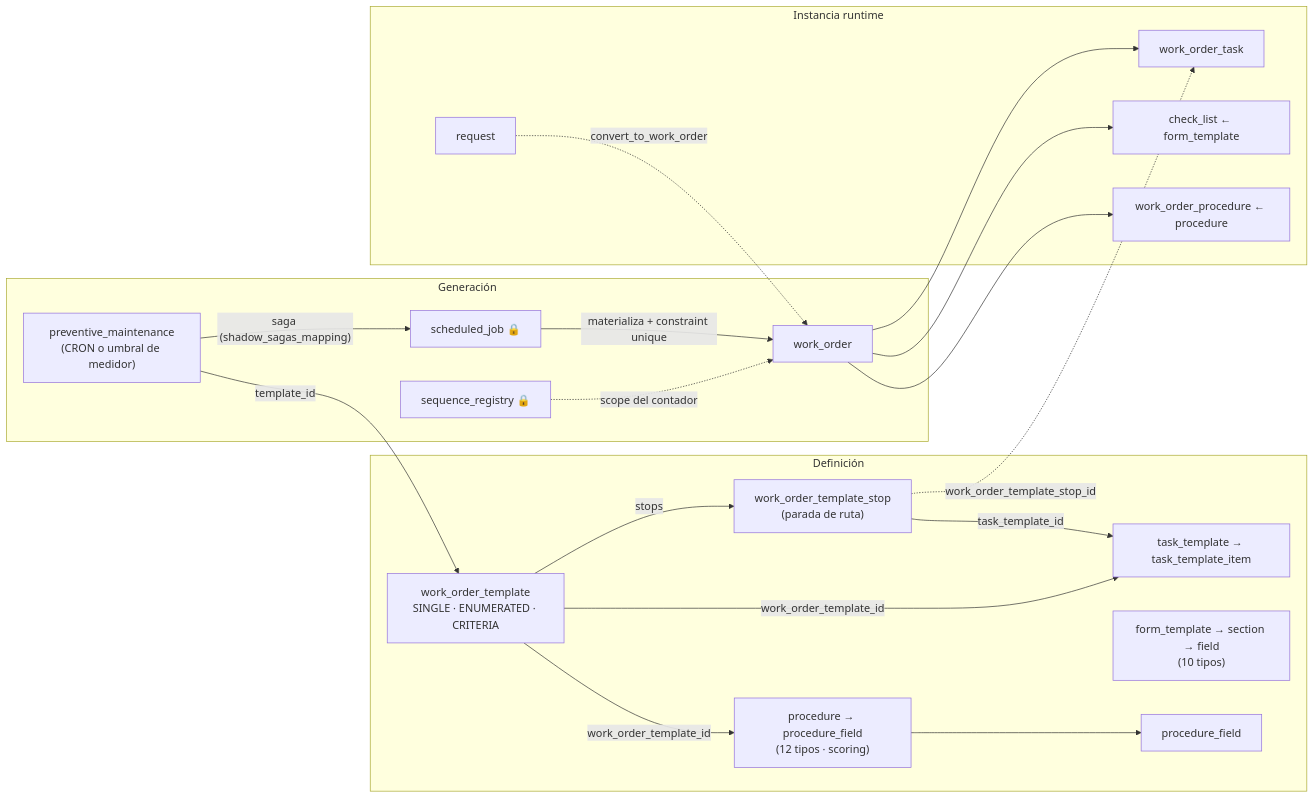
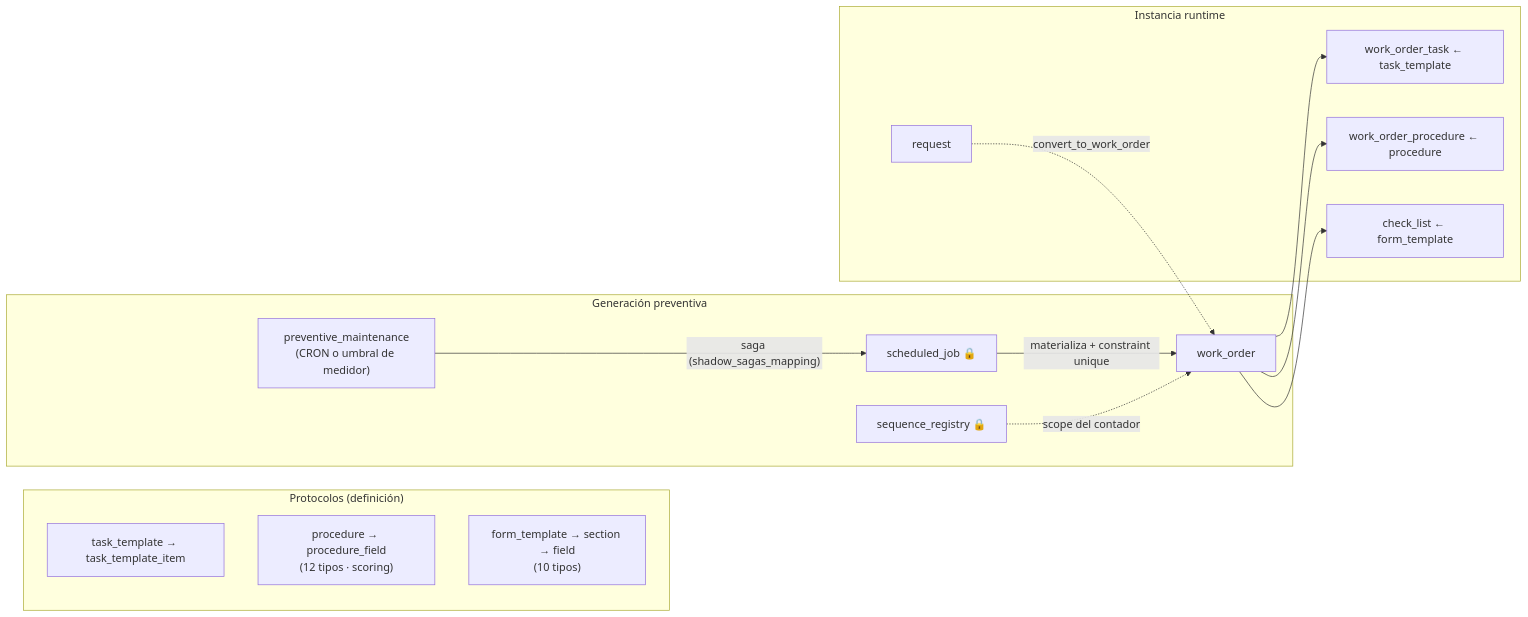
Before and after one commit to metritechnology/metri-engine: the third of 5 diagrams in docs/reference/diagrama-modelo-datos.md, drawn with Mermaid. The commit also changed other lines of this file and 12 other files, not shown here.

First line of the commit message:
refactor(modelos): consolidación del dominio work_order

````diff
--- a/docs/reference/diagrama-modelo-datos.md
+++ b/docs/reference/diagrama-modelo-datos.md
@@ -133,31 +133,22 @@
 ```mermaid
 flowchart LR
-    subgraph DEFS["Definición"]
-        WOT["work_order_template<br/>SINGLE · ENUMERATED · CRITERIA"]
-        WOTS["work_order_template_stop<br/>(parada de ruta)"]
+    subgraph DEFS["Protocolos (definición)"]
         TT["task_template → task_template_item"]
         PR["procedure → procedure_field<br/>(12 tipos · scoring)"]
         FT["form_template → section → field<br/>(10 tipos)"]
-        WOT -->|stops| WOTS
-        WOTS -->|task_template_id| TT
-        WOT -->|work_order_template_id| TT
-        WOT -->|work_order_template_id| PR
-        PR --> PF["procedure_field"]
     end
 
-    subgraph GEN["Generación"]
+    subgraph GEN["Generación preventiva"]
         PM["preventive_maintenance<br/>(CRON o umbral de medidor)"]
-        PM -->|template_id| WOT
         PM -->|"saga (shadow_sagas_mapping)"| SJ["scheduled_job 🔒"]
         SJ -->|"materializa + constraint unique"| WO2["work_order"]
         SEQ["sequence_registry 🔒"] -.->|"scope del contador"| WO2
     end
 
     subgraph RUN["Instancia runtime"]
-        WO2 --> TASK2["work_order_task"]
-        WOTS -.->|"work_order_template_stop_id"| TASK2
+        WO2 --> TASK2["work_order_task ← task_template"]
+        WO2 --> WPR2["work_order_procedure ← procedure"]
         WO2 --> CL2["check_list ← form_template"]
-        WO2 --> WPR2["work_order_procedure ← procedure"]
         REQ2["request"] -.->|"convert_to_work_order"| WO2
     end
 ```
````
